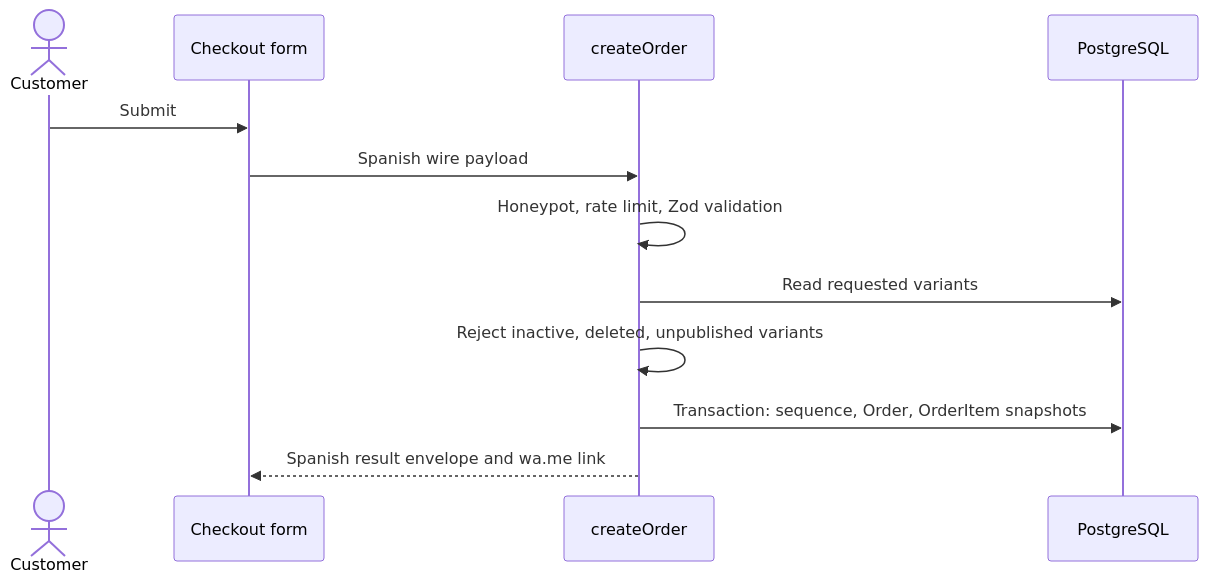
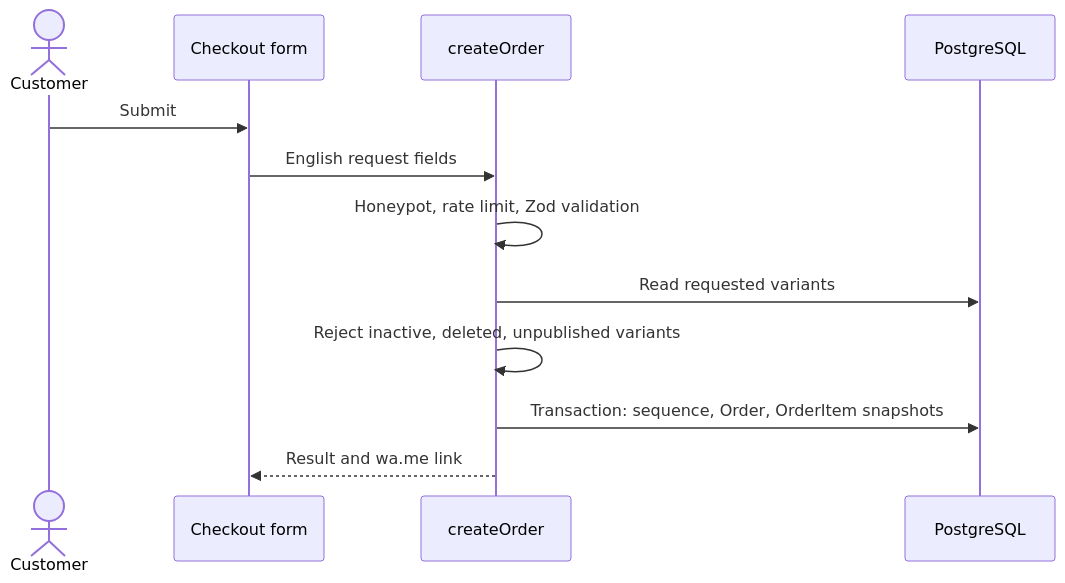
The diagram in docs/api.md (MValles02/parfam-mdq), drawn with Mermaid before and after one commit. The commit also changed other lines of this file and 47 other files, not shown here.

````diff
--- a/docs/api.md
+++ b/docs/api.md
@@ -48,14 +48,14 @@
 ```mermaid
 sequenceDiagram
   actor Customer
   participant Form as Checkout form
   participant Action as createOrder
   participant DB as PostgreSQL
   Customer->>Form: Submit
-  Form->>Action: Spanish wire payload
+  Form->>Action: English request fields
   Action->>Action: Honeypot, rate limit, Zod validation
   Action->>DB: Read requested variants
   Action->>Action: Reject inactive, deleted, unpublished variants
   Action->>DB: Transaction: sequence, Order, OrderItem snapshots
-  Action-->>Form: Spanish result envelope and wa.me link
+  Action-->>Form: Result and wa.me link
 ```
````
